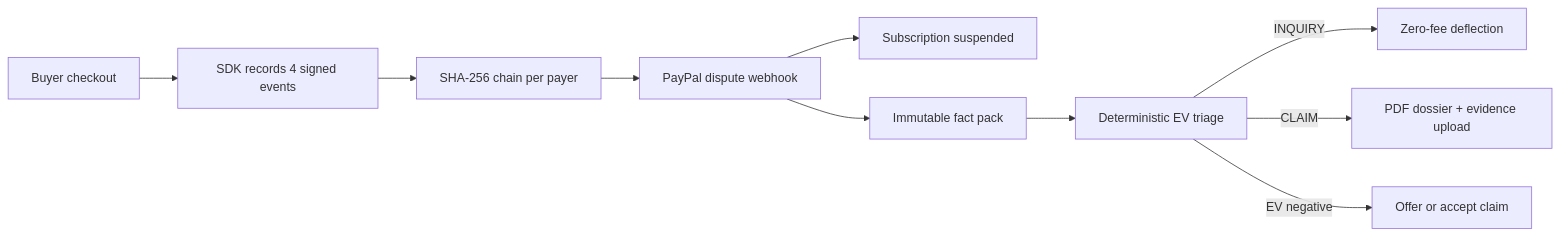
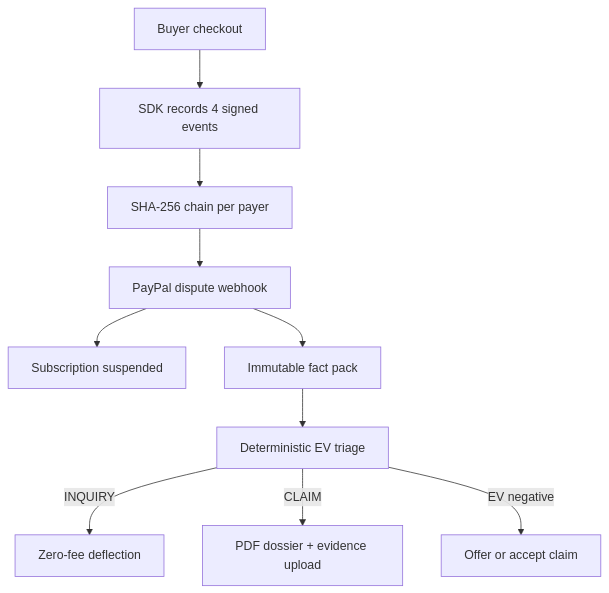
Before and after one commit to Divyanshu-kumar14/Verdict-Pay: the first of 2 diagrams in README.md, drawn with Mermaid. The commit also changed other lines of this file and 4 other files, not shown here.

````diff
--- a/README.md
+++ b/README.md
@@ -65,12 +101,12 @@
 ```mermaid
-flowchart LR
+flowchart TD
     A[Buyer checkout] --> B[SDK records 4 signed events]
     B --> C[SHA-256 chain per payer]
     C --> D[PayPal dispute webhook]
     D --> E[Subscription suspended]
     D --> F[Immutable fact pack]
     F --> G[Deterministic EV triage]
     G -->|INQUIRY| H[Zero-fee deflection]
     G -->|CLAIM| I[PDF dossier + evidence upload]
     G -->|EV negative| J[Offer or accept claim]
 ```
````
